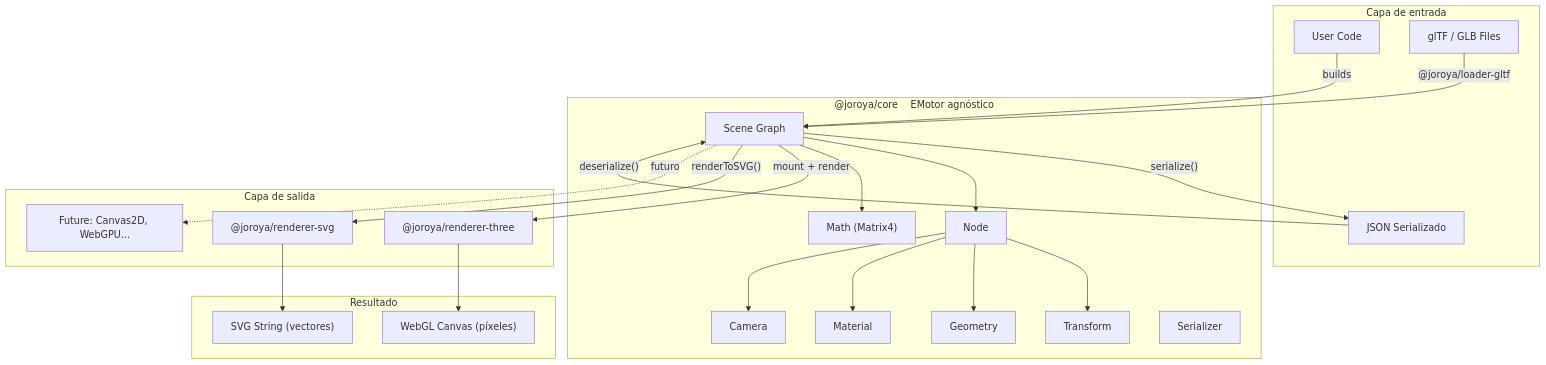
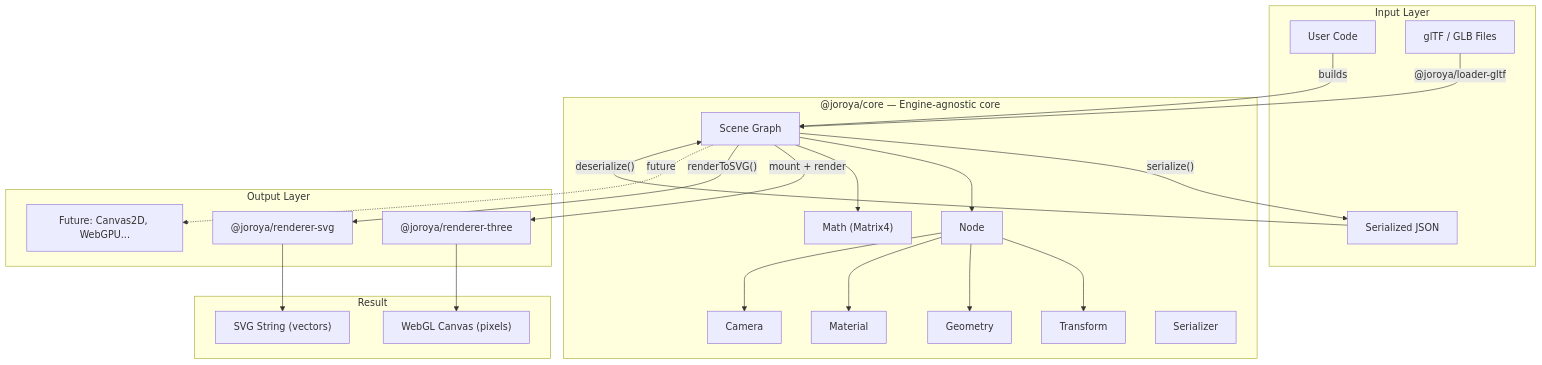
One commit to joshuacba08/oroya-animate changed the first of 5 diagrams in apps/web/src/content/docs/architecture.md. Above: the diagram before and after it, drawn with Mermaid. The commit also changed other lines of this file and 28 other files, not shown here.

Commit message:
feat: Initialize project with core architecture, Three.js and SVG renderers, and detailed multi-language documentation.

````diff
--- a/apps/web/src/content/docs/architecture.md
+++ b/apps/web/src/content/docs/architecture.md
@@ -18,49 +18,49 @@
 ```mermaid
 graph TD
-    subgraph "Capa de entrada"
+    subgraph "Input Layer"
         UC["User Code"]
         GLTF["glTF / GLB Files"]
-        JSON["JSON Serializado"]
+        JSON["Serialized JSON"]
     end
 
-    subgraph "@joroya/core  EMotor agnóstico"
+    subgraph "@joroya/core — Engine-agnostic core"
         SG["Scene Graph"]
         N["Node"]
         T["Transform"]
         G["Geometry"]
         M["Material"]
         C["Camera"]
         SER["Serializer"]
         MATH["Math (Matrix4)"]
     end
 
-    subgraph "Capa de salida"
+    subgraph "Output Layer"
         R3["@joroya/renderer-three"]
         RS["@joroya/renderer-svg"]
         R_FUTURE["Future: Canvas2D, WebGPU..."]
     end
 
-    subgraph "Resultado"
-        WEBGL["WebGL Canvas (píxeles)"]
-        SVG["SVG String (vectores)"]
+    subgraph "Result"
+        WEBGL["WebGL Canvas (pixels)"]
+        SVG["SVG String (vectors)"]
     end
 
     UC -->|"builds"| SG
     GLTF -->|"@joroya/loader-gltf"| SG
     JSON -->|"deserialize()"| SG
     SG -->|"serialize()"| JSON
 
     SG --> N
     N --> T
     N --> G
     N --> M
     N --> C
     SG --> MATH
 
     SG -->|"mount + render"| R3
     SG -->|"renderToSVG()"| RS
-    SG -.->|"futuro"| R_FUTURE
+    SG -.->|"future"| R_FUTURE
 
     R3 --> WEBGL
     RS --> SVG
 ```
````
